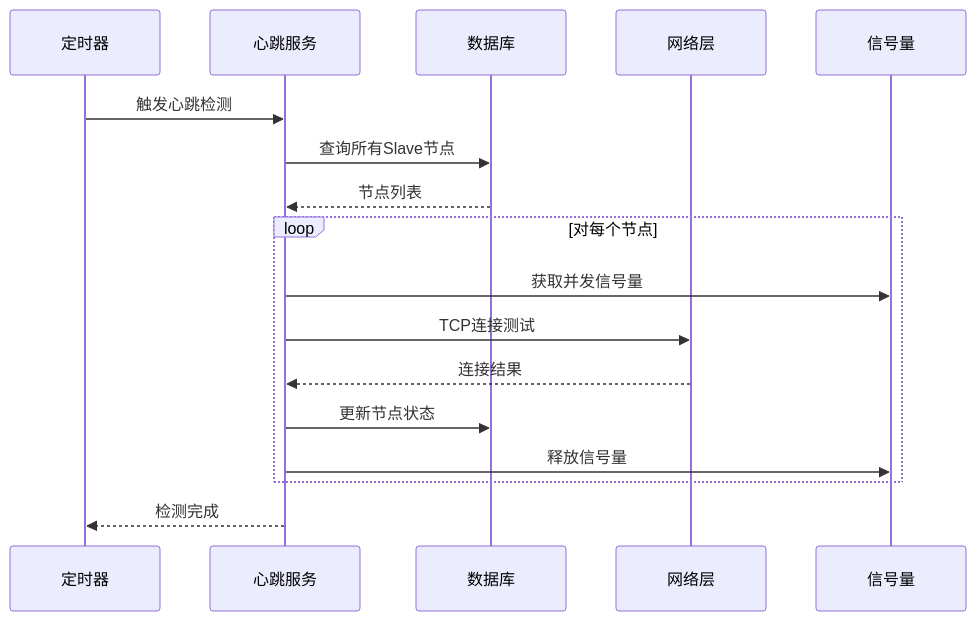
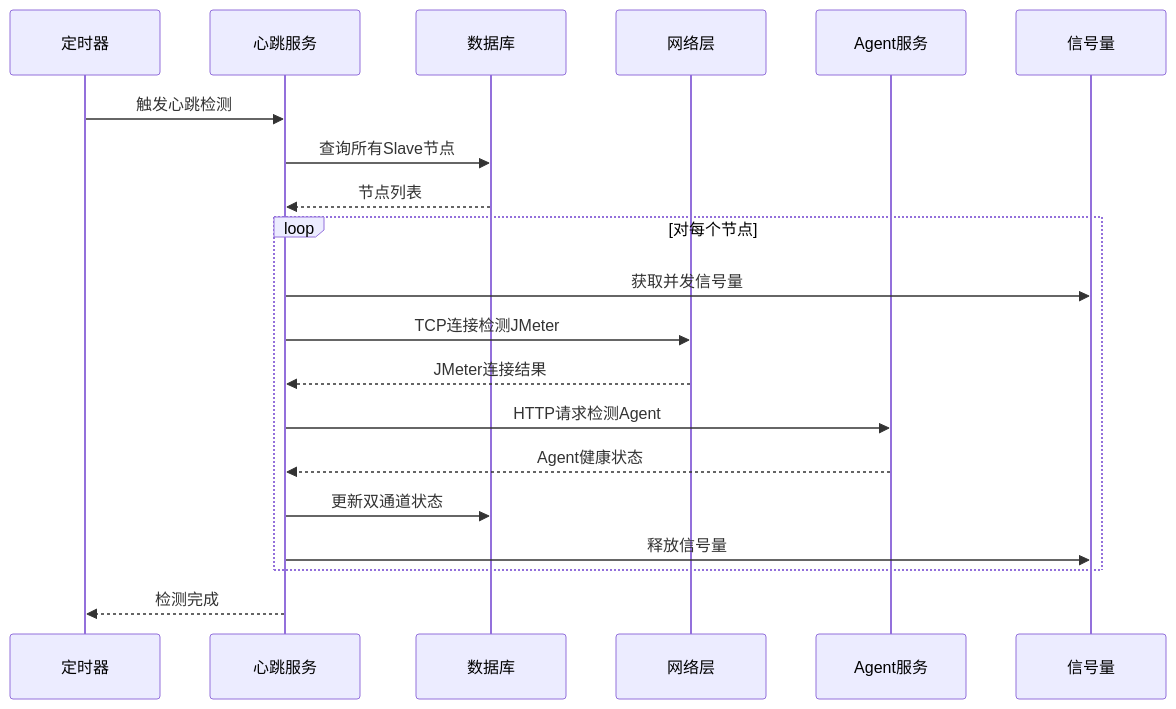
One commit to Liyuhao02/Jmeter-Admin changed the eighth of 10 diagrams in .qoder/repowiki/zh/content/核心业务模块/Slave节点管理系统/Slave节点生命周期管理.md. Above: the diagram before and after it, drawn with Mermaid. The commit also changed other lines of this file and 34 other files, not shown here.

````diff
--- a/.qoder/repowiki/zh/content/核心业务模块/Slave节点管理系统/Slave节点生命周期管理.md
+++ b/.qoder/repowiki/zh/content/核心业务模块/Slave节点管理系统/Slave节点生命周期管理.md
@@ -315,19 +353,22 @@
 ```mermaid
 sequenceDiagram
 participant Timer as 定时器
 participant Service as 心跳服务
 participant DB as 数据库
 participant Network as 网络层
+participant Agent as Agent服务
 participant Semaphore as 信号量
 Timer->>Service : 触发心跳检测
 Service->>DB : 查询所有Slave节点
 DB-->>Service : 节点列表
 loop 对每个节点
 Service->>Semaphore : 获取并发信号量
-Service->>Network : TCP连接测试
-Network-->>Service : 连接结果
-Service->>DB : 更新节点状态
+Service->>Network : TCP连接检测JMeter
+Network-->>Service : JMeter连接结果
+Service->>Agent : HTTP请求检测Agent
+Agent-->>Service : Agent健康状态
+Service->>DB : 更新双通道状态
 Service->>Semaphore : 释放信号量
 end
 Service-->>Timer : 检测完成
 ```
````
